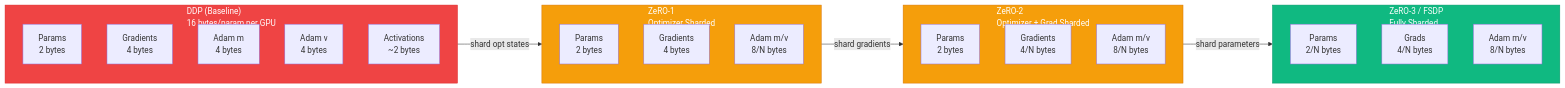
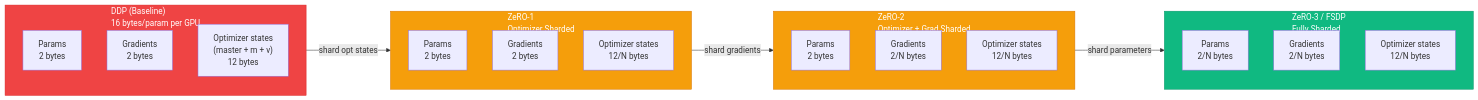
The third of 6 diagrams in src/data/blog/mlops/hidden-engine-of-ai.md (gopikrishtummala/gopikrishtummala.github.io), drawn with Mermaid before and after one commit. The commit also changed other lines of this file and 3 other files, not shown here.

First line of the commit message:
Review MLOps roadmap and Modules 1-3: fixes, mind maps, self-checks

````diff
--- a/src/data/blog/mlops/hidden-engine-of-ai.md
+++ b/src/data/blog/mlops/hidden-engine-of-ai.md
@@ -153,39 +189,37 @@
 ```mermaid
 graph LR
     subgraph Base["DDP (Baseline)\n16 bytes/param per GPU"]
         B_P["Params\n2 bytes"]
-        B_G["Gradients\n4 bytes"]
-        B_M["Adam m\n4 bytes"]
-        B_V["Adam v\n4 bytes"]
-        B_A["Activations\n~2 bytes"]
+        B_G["Gradients\n2 bytes"]
+        B_M["Optimizer states\n(master + m + v)\n12 bytes"]
     end
 
     subgraph Z1["ZeRO-1\nOptimizer Sharded"]
         Z1_P["Params\n2 bytes"]
-        Z1_G["Gradients\n4 bytes"]
-        Z1_M["Adam m/v\n8/N bytes"]
+        Z1_G["Gradients\n2 bytes"]
+        Z1_M["Optimizer states\n12/N bytes"]
     end
 
     subgraph Z2["ZeRO-2\nOptimizer + Grad Sharded"]
         Z2_P["Params\n2 bytes"]
-        Z2_G["Gradients\n4/N bytes"]
-        Z2_M["Adam m/v\n8/N bytes"]
+        Z2_G["Gradients\n2/N bytes"]
+        Z2_M["Optimizer states\n12/N bytes"]
     end
 
     subgraph Z3["ZeRO-3 / FSDP\nFully Sharded"]
         Z3_P["Params\n2/N bytes"]
-        Z3_G["Grads\n4/N bytes"]
-        Z3_M["Adam m/v\n8/N bytes"]
+        Z3_G["Gradients\n2/N bytes"]
+        Z3_M["Optimizer states\n12/N bytes"]
     end
 
     Base -->|"shard opt states"| Z1
     Z1 -->|"shard gradients"| Z2
     Z2 -->|"shard parameters"| Z3
 
     classDef heavy fill:#ef4444,color:#fff,stroke:#dc2626
     classDef medium fill:#f59e0b,color:#fff,stroke:#d97706
     classDef light fill:#10b981,color:#fff,stroke:#059669
     class Base heavy
     class Z1,Z2 medium
     class Z3 light
 ```
````
